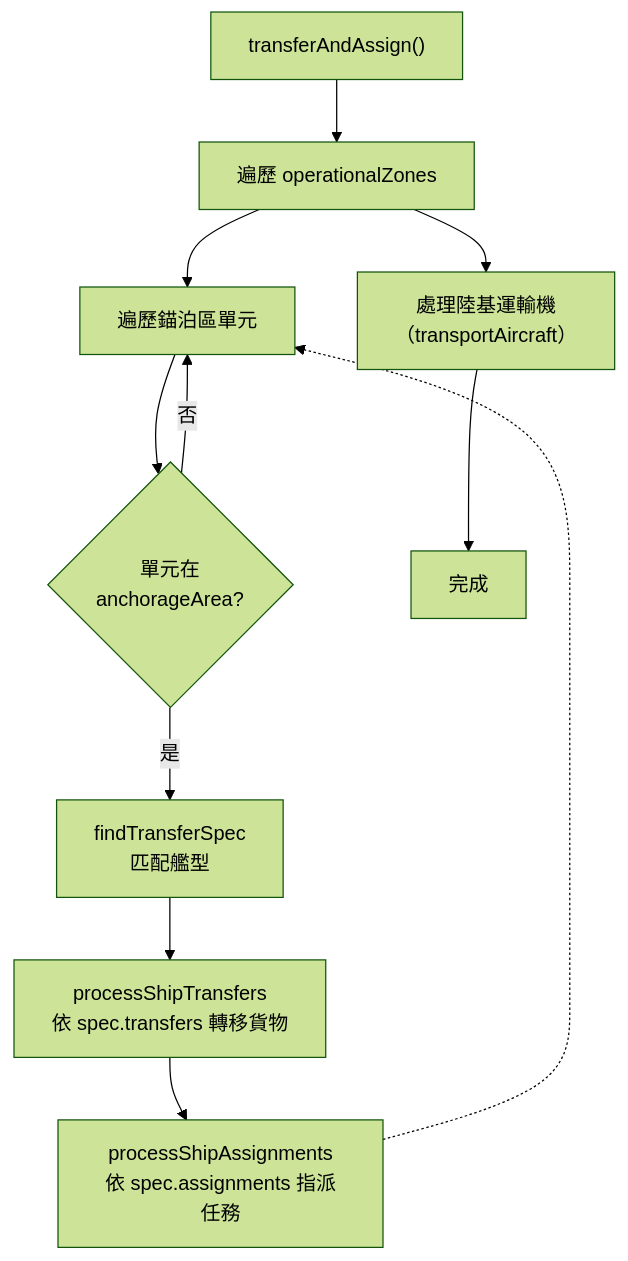
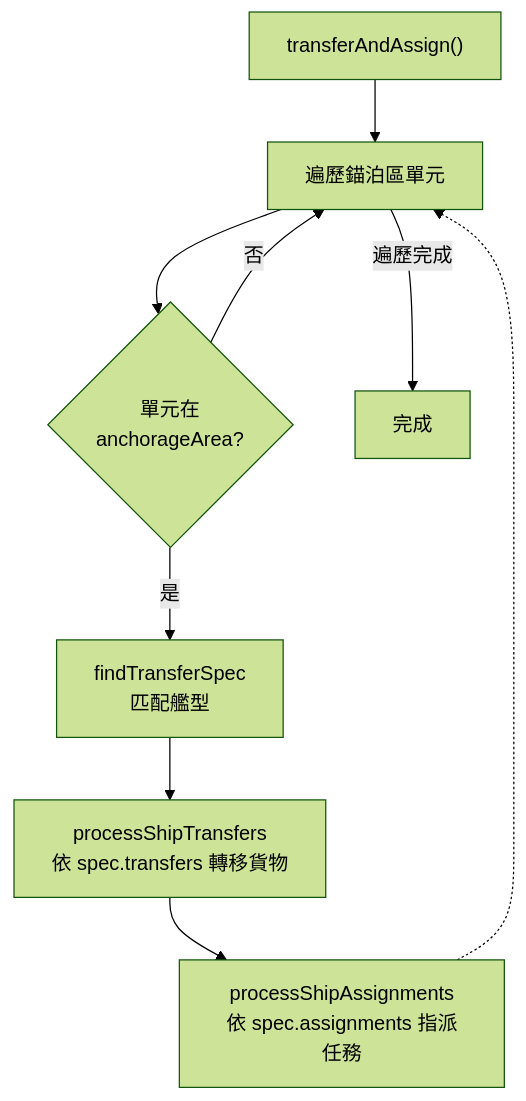
One commit to pullupjumper/formosa-in-flames changed the diagram in docs/landingOps/amphibiousLogistics.md. Above: the diagram before and after it, drawn with Mermaid (forest theme). The commit also changed other lines of this file and 20 other files, not shown here.

````diff
--- a/docs/landingOps/amphibiousLogistics.md
+++ b/docs/landingOps/amphibiousLogistics.md
@@ -48,18 +48,16 @@
 ```mermaid
 flowchart TD
     START["transferAndAssign()"]
-    ITER_ZONE["遍歷 operationalZones"]
     ITER_UNIT["遍歷錨泊區單元"]
     IN_AREA{單元在<br>anchorageArea?}
     FIND_SPEC["findTransferSpec<br>匹配艦型"]
     TRANSFER["processShipTransfers<br>依 spec.transfers 轉移貨物"]
     ASSIGN["processShipAssignments<br>依 spec.assignments 指派任務"]
-    TRANSPORT["處理陸基運輸機<br>（transportAircraft）"]
     DONE["完成"]
 
-    START --> ITER_ZONE --> ITER_UNIT --> IN_AREA
+    START --> ITER_UNIT --> IN_AREA
     IN_AREA -->|是| FIND_SPEC --> TRANSFER --> ASSIGN
     ASSIGN -.-> ITER_UNIT
     IN_AREA -->|否| ITER_UNIT
-    ITER_ZONE --> TRANSPORT --> DONE
+    ITER_UNIT -->|遍歷完成| DONE
 ```
````
